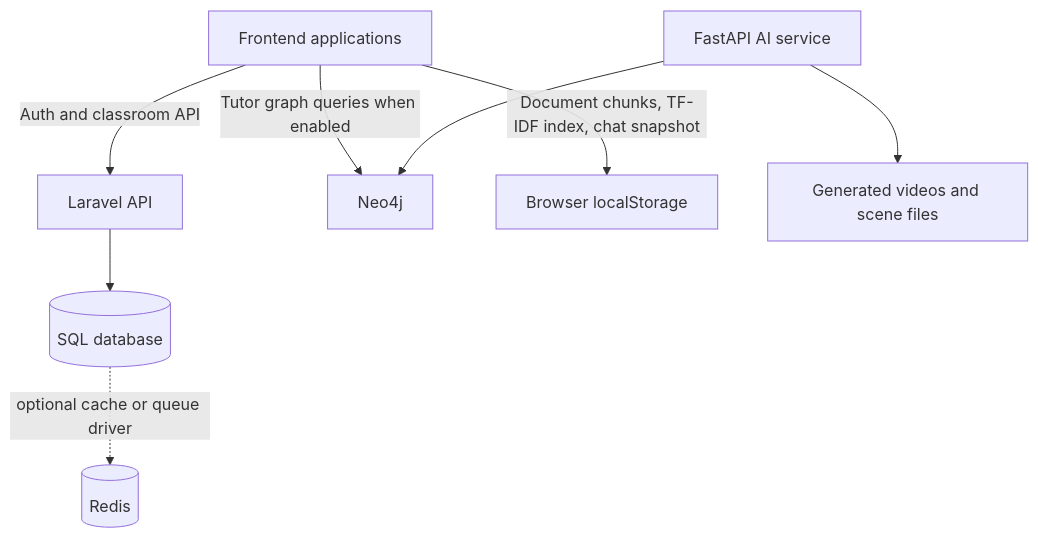
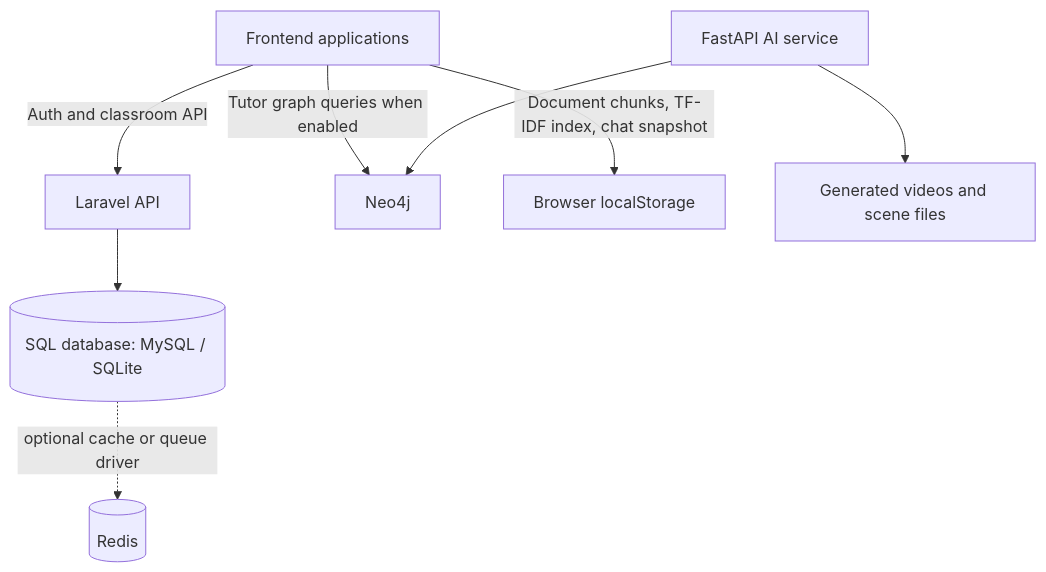
One commit to Adnann07/Amplify_EdNova changed the fifth of 5 diagrams in README.md. Above: the diagram before and after it, drawn with Mermaid. The commit also changed other lines of this file, not shown here.

````diff
--- a/README.md
+++ b/README.md
@@ -300,10 +332,10 @@
 ```mermaid
 flowchart TB
    UI[Frontend applications] -->|Auth and classroom API| L[Laravel API]
    UI -->|Tutor graph queries when enabled| N[Neo4j]
    UI -->|Document chunks, TF-IDF index, chat snapshot| LS[Browser localStorage]
-   L --> SQL[(SQL database)]
+   L --> SQL[(SQL database: MySQL / SQLite)]
    F[FastAPI AI service] --> N
    F --> V[Generated videos and scene files]
    SQL -. optional cache or queue driver .-> R[(Redis)]
 ```
````
